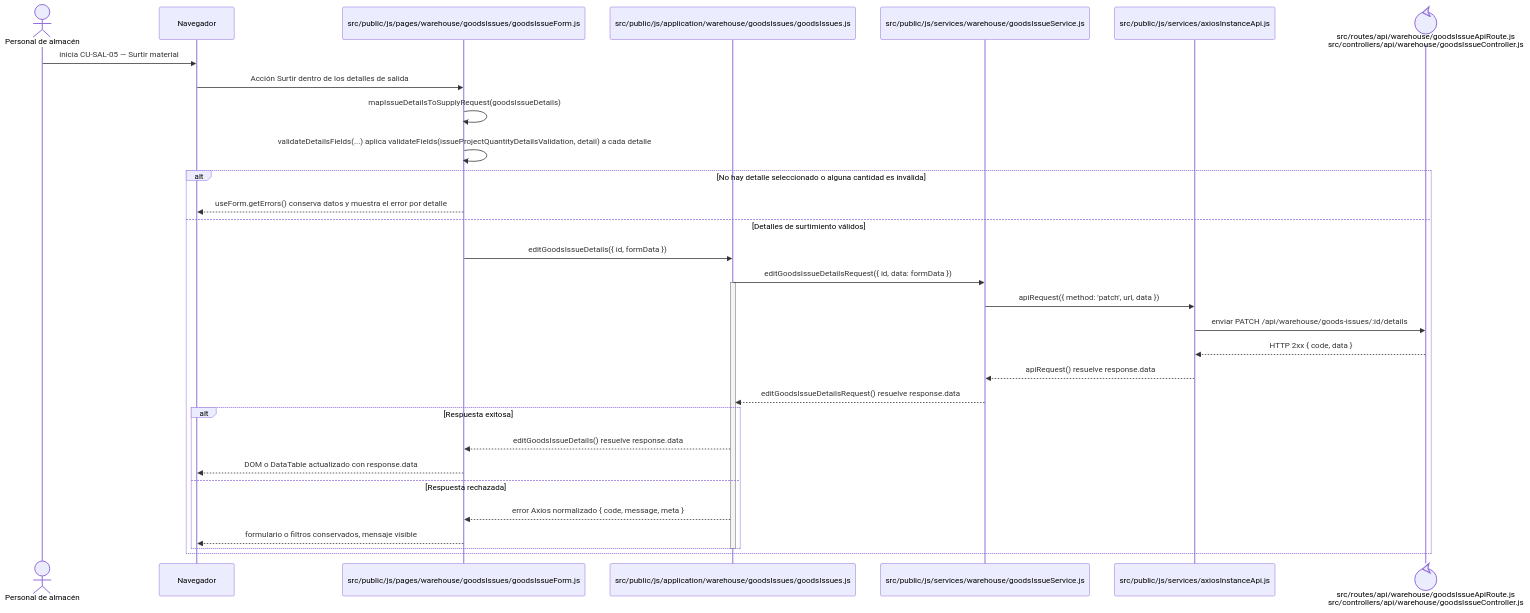
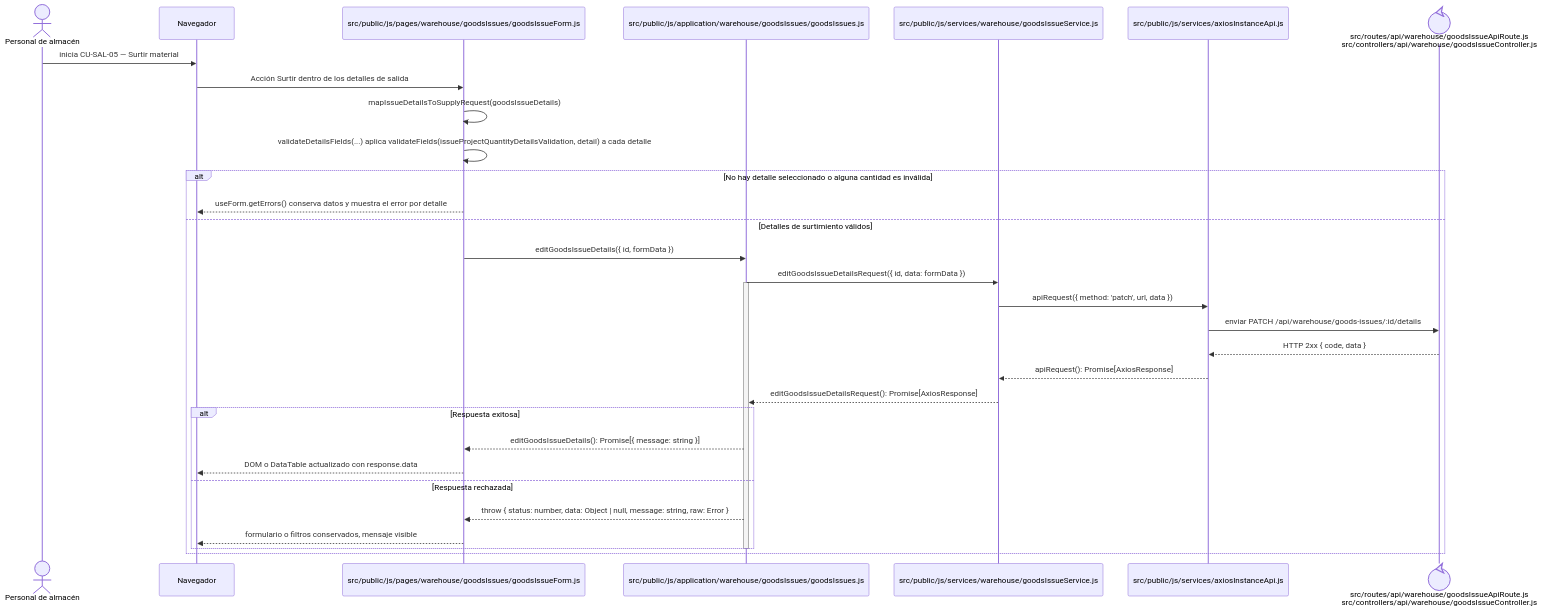
Before and after one commit to gpgsistemas01/nexus: the diagram in docs/architecture/frontend-code-sequences/issues/cu-sal-05.md, drawn with Mermaid. The commit also changed 146 other files, not shown here.

````diff
--- a/docs/architecture/frontend-code-sequences/issues/cu-sal-05.md
+++ b/docs/architecture/frontend-code-sequences/issues/cu-sal-05.md
@@ -6,35 +6,35 @@
 ```mermaid
 sequenceDiagram
     actor Initiator as Personal de almacén
     participant Browser as Navegador
     participant View as src/public/js/pages/warehouse/goodsIssues/goodsIssueForm.js
     participant Application as src/public/js/application/warehouse/goodsIssues/goodsIssues.js
     participant Request as src/public/js/services/warehouse/goodsIssueService.js
     participant HTTP as src/public/js/services/axiosInstanceApi.js
     participant Transport@{ "type": "control" } as src/routes/api/warehouse/goodsIssueApiRoute.js<br/>src/controllers/api/warehouse/goodsIssueController.js
 
     Initiator->>Browser: inicia CU-SAL-05 — Surtir material
     Browser->>View: Acción Surtir dentro de los detalles de salida
     View->>View: mapIssueDetailsToSupplyRequest(goodsIssueDetails)
     View->>View: validateDetailsFields(...) aplica validateFields(issueProjectQuantityDetailsValidation, detail) a cada detalle
     alt No hay detalle seleccionado o alguna cantidad es inválida
         View-->>Browser: useForm.getErrors() conserva datos y muestra el error por detalle
     else Detalles de surtimiento válidos
         View->>Application: editGoodsIssueDetails({ id, formData })
         Application->>Request: editGoodsIssueDetailsRequest({ id, data: formData })
         activate Application
         Request->>HTTP: apiRequest({ method: 'patch', url, data })
         HTTP->>Transport: enviar PATCH /api/warehouse/goods-issues/:id/details
         Transport-->>HTTP: HTTP 2xx { code, data }
-        HTTP-->>Request: apiRequest() resuelve response.data
-        Request-->>Application: editGoodsIssueDetailsRequest() resuelve response.data
+        HTTP-->>Request: apiRequest(): Promise[AxiosResponse]
+        Request-->>Application: editGoodsIssueDetailsRequest(): Promise[AxiosResponse]
         alt Respuesta exitosa
-            Application-->>View: editGoodsIssueDetails() resuelve response.data
+            Application-->>View: editGoodsIssueDetails(): Promise[{ message: string }]
             View-->>Browser: DOM o DataTable actualizado con response.data
         else Respuesta rechazada
-            Application-->>View: error Axios normalizado { code, message, meta }
+            Application-->>View: throw { status: number, data: Object | null, message: string, raw: Error }
             View-->>Browser: formulario o filtros conservados, mensaje visible
         end
         deactivate Application
     end
 ```
````
